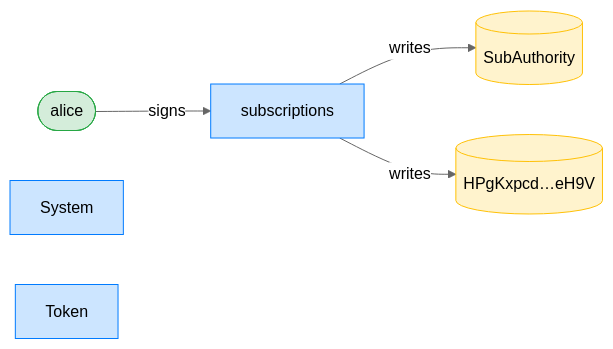
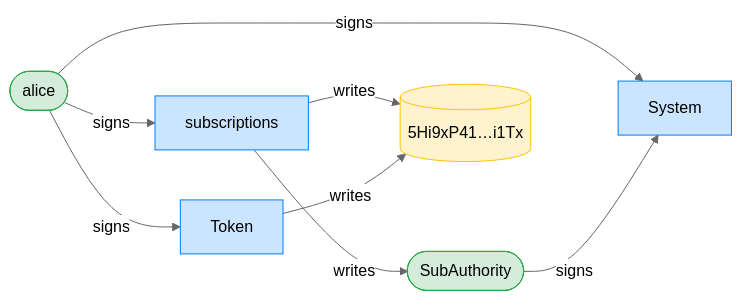
Before and after one commit to cds-rs/subscriptions: the third of 12 diagrams in dsl_tests/transfer-subscription--a-whitelisted-destination-is-allowed.md, drawn with Mermaid (neutral theme). The commit also changed other lines of this file and 224 other files, not shown here.

````diff
--- a/dsl_tests/transfer-subscription--a-whitelisted-destination-is-allowed.md
+++ b/dsl_tests/transfer-subscription--a-whitelisted-destination-is-allowed.md
@@ -55,15 +56,19 @@
 ```mermaid
 flowchart LR
     classDef signer fill:#d4edda,stroke:#28a745;
     classDef program fill:#cce5ff,stroke:#007bff;
     classDef writable fill:#fff3cd,stroke:#ffc107;
     subscriptions[subscriptions]:::program
     alice([alice]):::signer
-    SubAuthority[(SubAuthority)]:::writable
-    HPgKxpcd_eH9V[("HPgKxpcd…eH9V")]:::writable
+    SubAuthority([SubAuthority]):::signer
+    5Hi9xP41_i1Tx[("5Hi9xP41…i1Tx")]:::writable
     System[System]:::program
     Token[Token]:::program
     alice -->|signs| subscriptions
+    alice -->|signs| System
+    SubAuthority -->|signs| System
+    alice -->|signs| Token
     subscriptions -->|writes| SubAuthority
-    subscriptions -->|writes| HPgKxpcd_eH9V
+    subscriptions -->|writes| 5Hi9xP41_i1Tx
+    Token -->|writes| 5Hi9xP41_i1Tx
 ```
````
